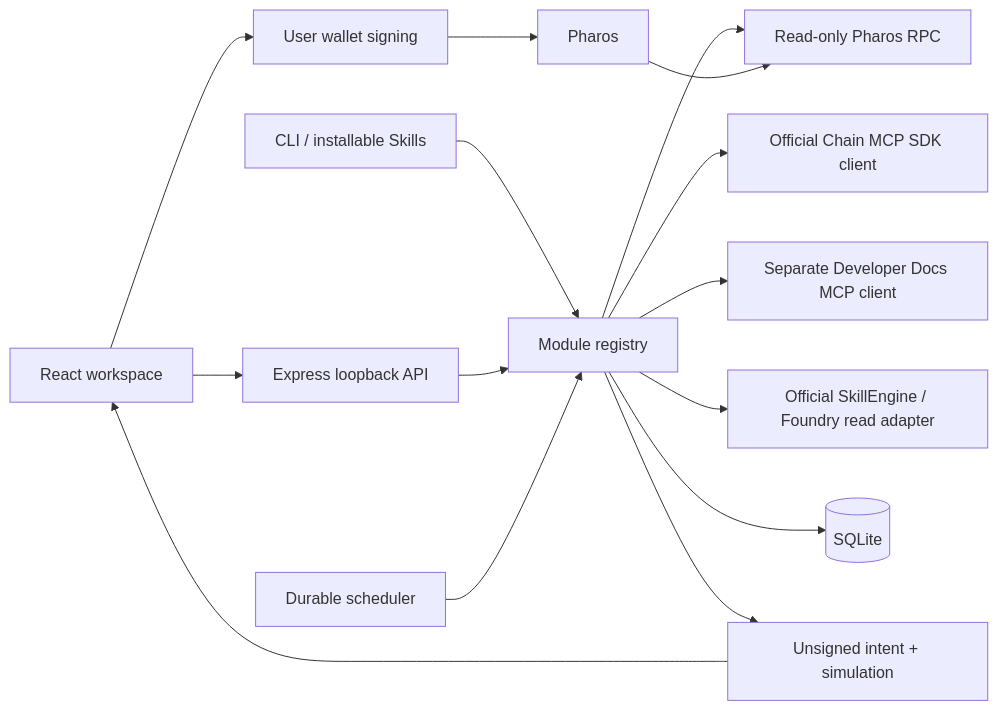
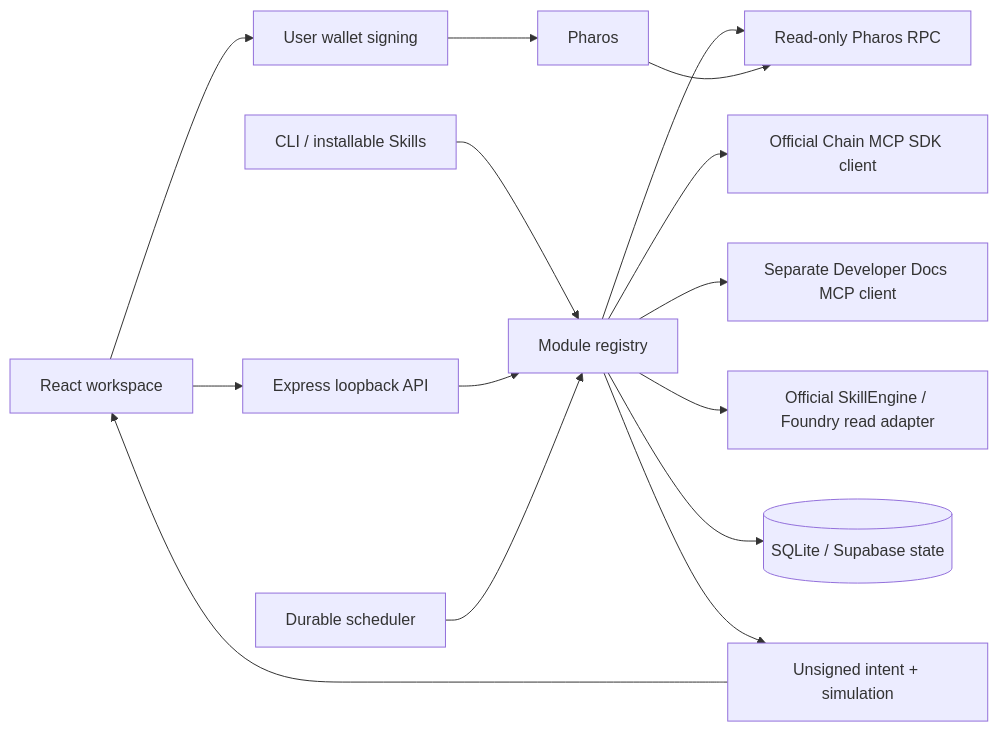
Before and after one commit to isharik/Pharos-Onchain-Wizard: the diagram in docs/architecture.md, drawn with Mermaid. The commit also changed other lines of this file and 10 other files, not shown here.

````diff
--- a/docs/architecture.md
+++ b/docs/architecture.md
@@ -3,17 +3,17 @@
 ```mermaid
 flowchart LR
   UI[React workspace] --> API[Express loopback API]
   CLI[CLI / installable Skills] --> Registry[Module registry]
   API --> Registry
   Jobs[Durable scheduler] --> Registry
   Registry --> RPC[Read-only Pharos RPC]
   Registry --> Chain[Official Chain MCP SDK client]
   Registry --> Docs[Separate Developer Docs MCP client]
   Registry --> Foundry[Official SkillEngine / Foundry read adapter]
-  Registry --> SQL[(SQLite)]
+  Registry --> SQL[(SQLite / Supabase state)]
   Registry --> Intent[Unsigned intent + simulation]
   Intent --> UI
   UI --> Wallet[User wallet signing]
   Wallet --> Network[Pharos]
   Network --> RPC
 ```
````
